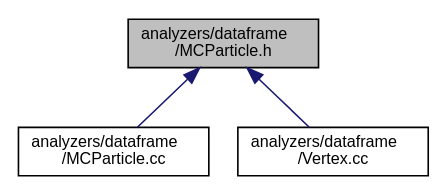
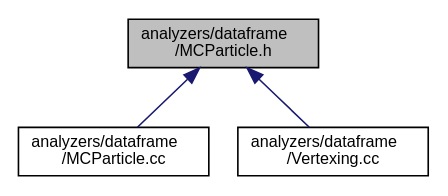
One commit to HEP-FCC/FCCAnalyses changed the diagram in doc/latest/_m_c_particle_8h__dep__incl.dot. Above: the diagram before and after it, drawn with Graphviz. The commit also changed 142 other files, not shown here.

```diff
--- a/doc/latest/_m_c_particle_8h__dep__incl.dot
+++ b/doc/latest/_m_c_particle_8h__dep__incl.dot
@@ -1,11 +1,11 @@
 digraph "analyzers/dataframe/MCParticle.h"
 {
  // LATEX_PDF_SIZE
   edge [fontname="Helvetica",fontsize="10",labelfontname="Helvetica",labelfontsize="10"];
   node [fontname="Helvetica",fontsize="10",shape=record];
   Node1 [label="analyzers/dataframe\l/MCParticle.h",height=0.2,width=0.4,color="black", fillcolor="grey75", style="filled", fontcolor="black",tooltip=" "];
   Node1 -> Node2 [dir="back",color="midnightblue",fontsize="10",style="solid",fontname="Helvetica"];
   Node2 [label="analyzers/dataframe\l/MCParticle.cc",height=0.2,width=0.4,color="black", fillcolor="white", style="filled",URL="$_m_c_particle_8cc.html",tooltip=" "];
   Node1 -> Node3 [dir="back",color="midnightblue",fontsize="10",style="solid",fontname="Helvetica"];
-  Node3 [label="analyzers/dataframe\l/Vertex.cc",height=0.2,width=0.4,color="black", fillcolor="white", style="filled",URL="$_vertex_8cc.html",tooltip=" "];
+  Node3 [label="analyzers/dataframe\l/Vertexing.cc",height=0.2,width=0.4,color="black", fillcolor="white", style="filled",URL="$_vertexing_8cc.html",tooltip=" "];
 }
```
